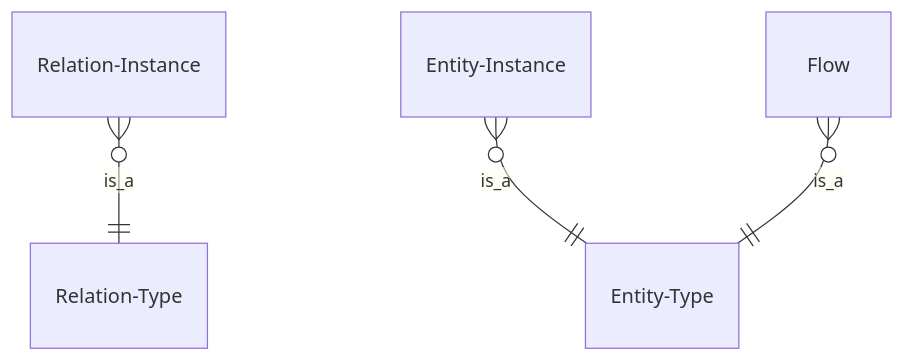
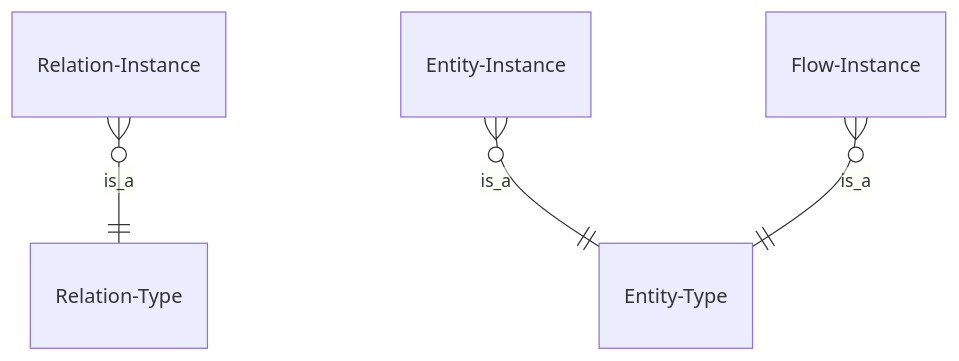
The fourth of 5 diagrams in docs/inexor-rgf/src/Model.md (reactive-graph/reactive-graph), drawn with Mermaid before and after one commit. The commit also changed other lines of this file and 7 other files, not shown here.

````diff
--- a/docs/inexor-rgf/src/Model.md
+++ b/docs/inexor-rgf/src/Model.md
@@ -102,11 +101,11 @@
 ```mermaid
 erDiagram
     Relation-Type
     Relation-Instance
     Entity-Type
     Entity-Instance
-    Flow
+    Flow-Instance
     Relation-Instance o{--|| Relation-Type : is_a
     Entity-Instance o{--|| Entity-Type : is_a
-    Flow o{--|| Entity-Type : is_a
+    Flow-Instance o{--|| Entity-Type : is_a
 ```
````
